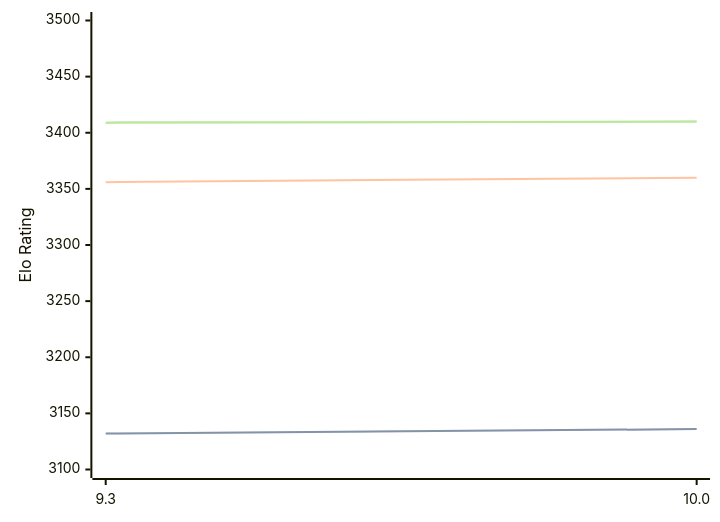
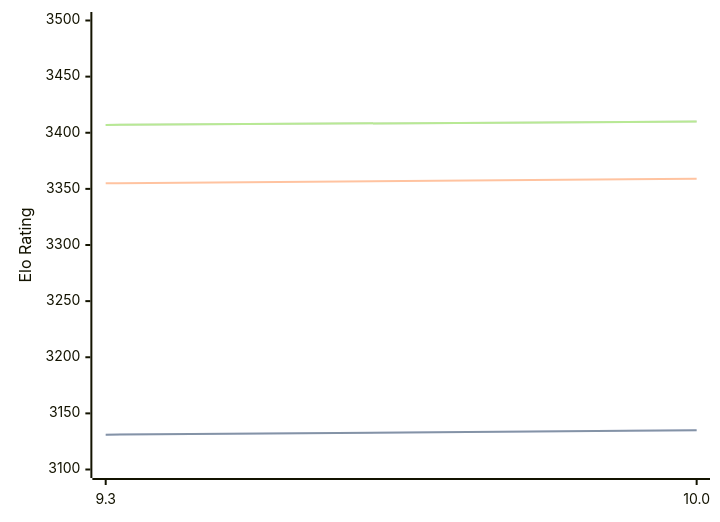
Before and after one commit to computer-chess-index/cci: the diagram in engines/Fire.md, drawn with Mermaid. The commit also changed other lines of this file, not shown here.

Commit message:
Update CCI Ratings (ELO VLTC) - 2026-06-10

````diff
--- a/engines/Fire.md
+++ b/engines/Fire.md
@@ -47,11 +47,11 @@
 ```mermaid
 %%{init: {"theme":"base","themeVariables":{"seriesColors:['#a3a3a3','#222221','#faa371']}}}%%
 xychart-beta
   x-axis ["9.3", "10.0"]
   y-axis "Elo Rating" 3100 --> 3500
-  line "STC (8.0+0.08s)" [3132, 3136]
-  line "STC (8.0+0.08s)" [3132, 3136]
-  line "LTC (60.0+0.60s)" [3356, 3360]
-  line "VLTC (2m24s+1.12s)" [3409, 3410]
-  line "VLTC (2m24s+1.12s)" [3409, 3410]
+  line "STC (8.0+0.08s)" [3131, 3135]
+  line "STC (8.0+0.08s)" [3131, 3135]
+  line "LTC (60.0+0.60s)" [3355, 3359]
+  line "VLTC (2m24s+1.12s)" [3407, 3410]
+  line "VLTC (2m24s+1.12s)" [3407, 3410]
 ```
````
